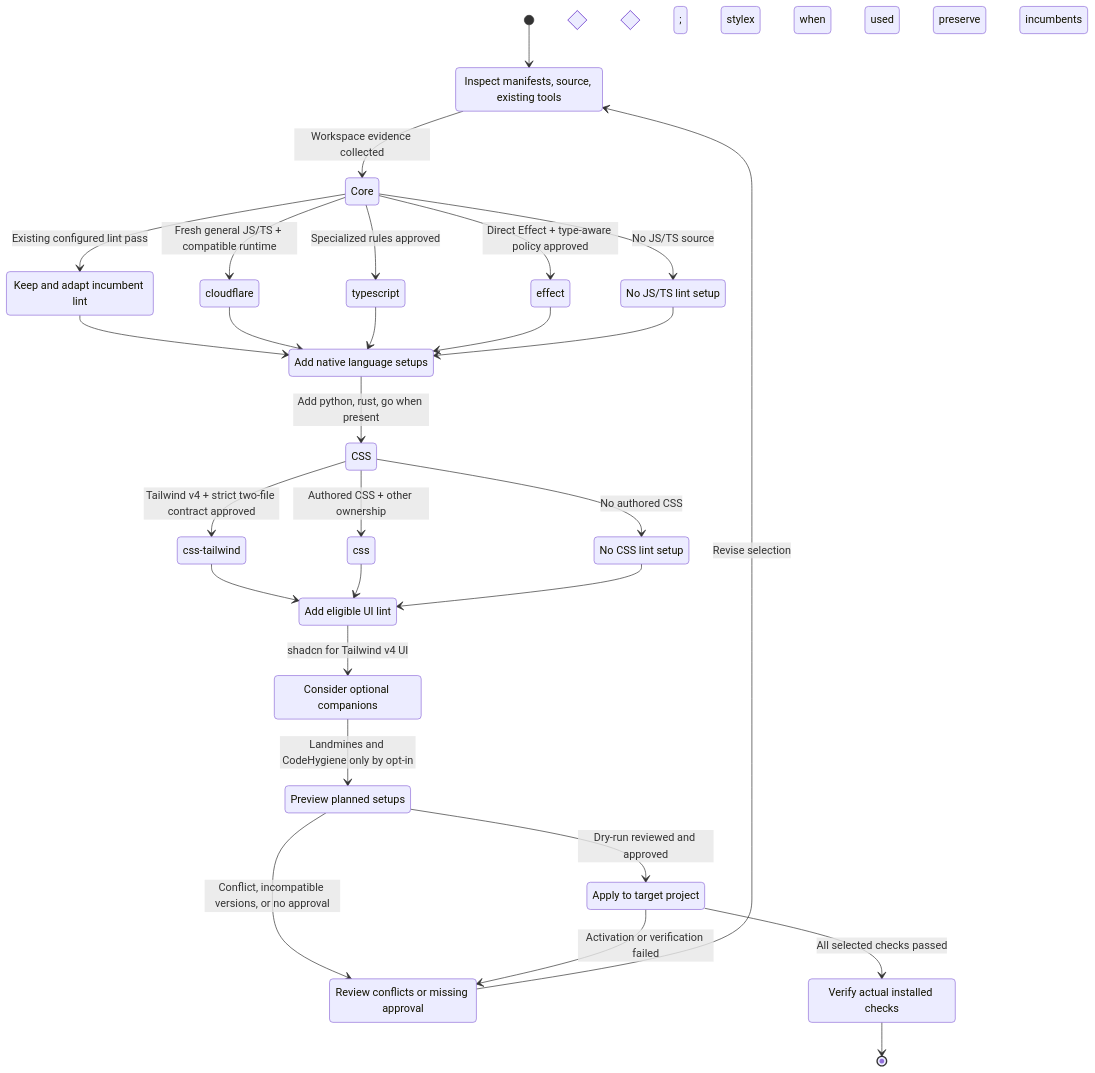
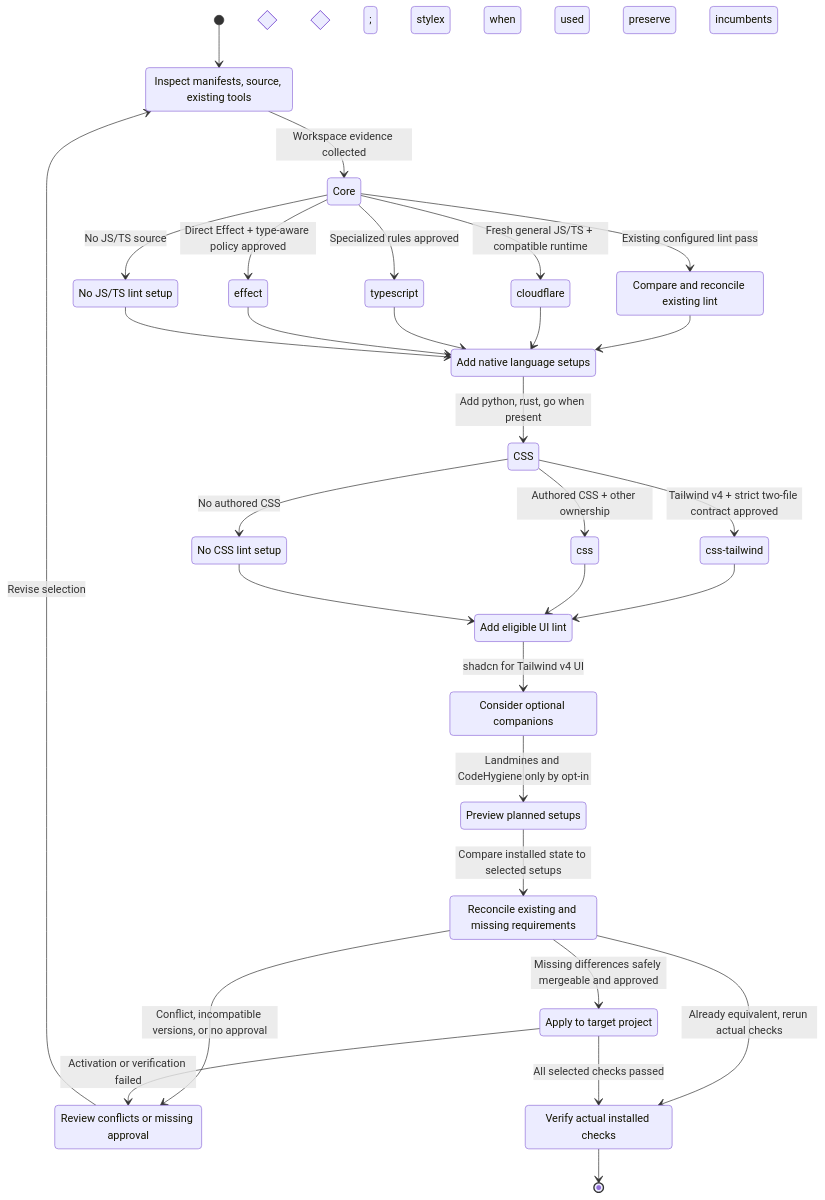
Before and after one commit to AcidicSoil/anti-slop: the diagram in docs/setup-selection-statechart.md, drawn with Mermaid. The commit also changed other lines of this file and 2 other files, not shown here.

Commit message:
docs: reconcile project setups by missing differences

````diff
--- a/docs/setup-selection-statechart.md
+++ b/docs/setup-selection-statechart.md
@@ -5,55 +5,58 @@
 ```mermaid
 stateDiagram-v2
     direction TB
 
     [*] --> Inspect
     state "Inspect manifests, source, existing tools" as Inspect
     state "Choose one JS/TS lint strategy" as Core <<choice>>
     Inspect --> Core: Workspace evidence collected
 
-    state "Keep and adapt incumbent lint" as Existing
+    state "Compare and reconcile existing lint" as Existing
     state "cloudflare" as Cloudflare
     state "typescript" as TypeScript
     state "effect" as Effect
     state "No JS/TS lint setup" as NoJS
     Core --> Existing: Existing configured lint pass
     Core --> Cloudflare: Fresh general JS/TS + compatible runtime
     Core --> TypeScript: Specialized rules approved
     Core --> Effect: Direct Effect + type-aware policy approved
     Core --> NoJS: No JS/TS source
 
     state "Add native language setups" as Native
     Existing --> Native
     Cloudflare --> Native
     TypeScript --> Native
     Effect --> Native
     NoJS --> Native
 
     state "Choose authored-CSS lint" as CSS <<choice>>
     Native --> CSS: Add python, rust, go when present
     state "css-tailwind" as StrictCSS
     state "css" as GeneralCSS
     state "No CSS lint setup" as NoCSS
     CSS --> StrictCSS: Tailwind v4 + strict two-file contract approved
     CSS --> GeneralCSS: Authored CSS + other ownership
     CSS --> NoCSS: No authored CSS
 
     state "Add eligible UI lint" as UI
     StrictCSS --> UI
     GeneralCSS --> UI
     NoCSS --> UI
     state "Consider optional companions" as Optional
     UI --> Optional: shadcn for Tailwind v4 UI; stylex when used
     state "Preview planned setups" as Preview
     Optional --> Preview: Landmines and CodeHygiene only by opt-in
+    state "Reconcile existing and missing requirements" as Reconcile
+    Preview --> Reconcile: Compare installed state to selected setups
 
     state "Review conflicts or missing approval" as Review
     state "Apply to target project" as Apply
     state "Verify actual installed checks" as Verify
-    Preview --> Review: Conflict, incompatible versions, or no approval
+    Reconcile --> Review: Conflict, incompatible versions, or no approval
     Review --> Inspect: Revise selection; preserve incumbents
-    Preview --> Apply: Dry-run reviewed and approved
+    Reconcile --> Apply: Missing differences safely mergeable and approved
+    Reconcile --> Verify: Already equivalent, rerun actual checks
     Apply --> Review: Activation or verification failed
     Apply --> Verify: All selected checks passed
     Verify --> [*]
 ```
````
